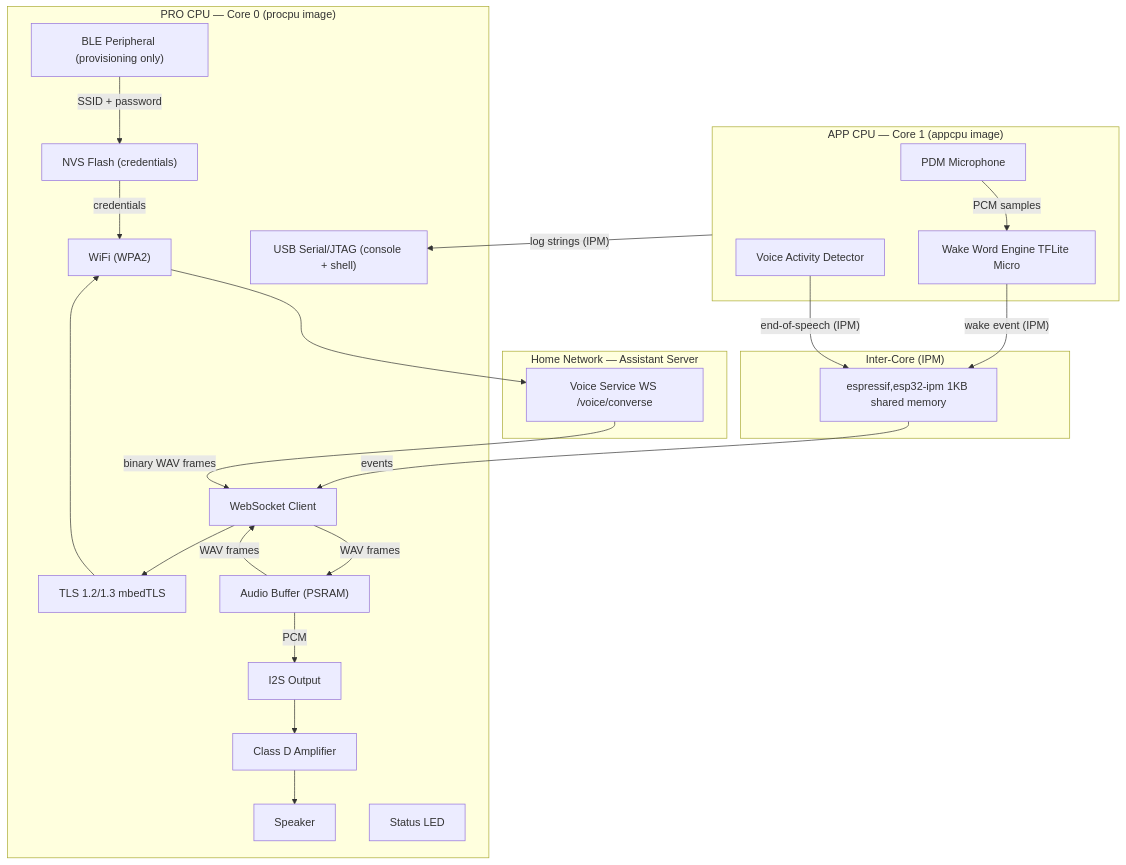
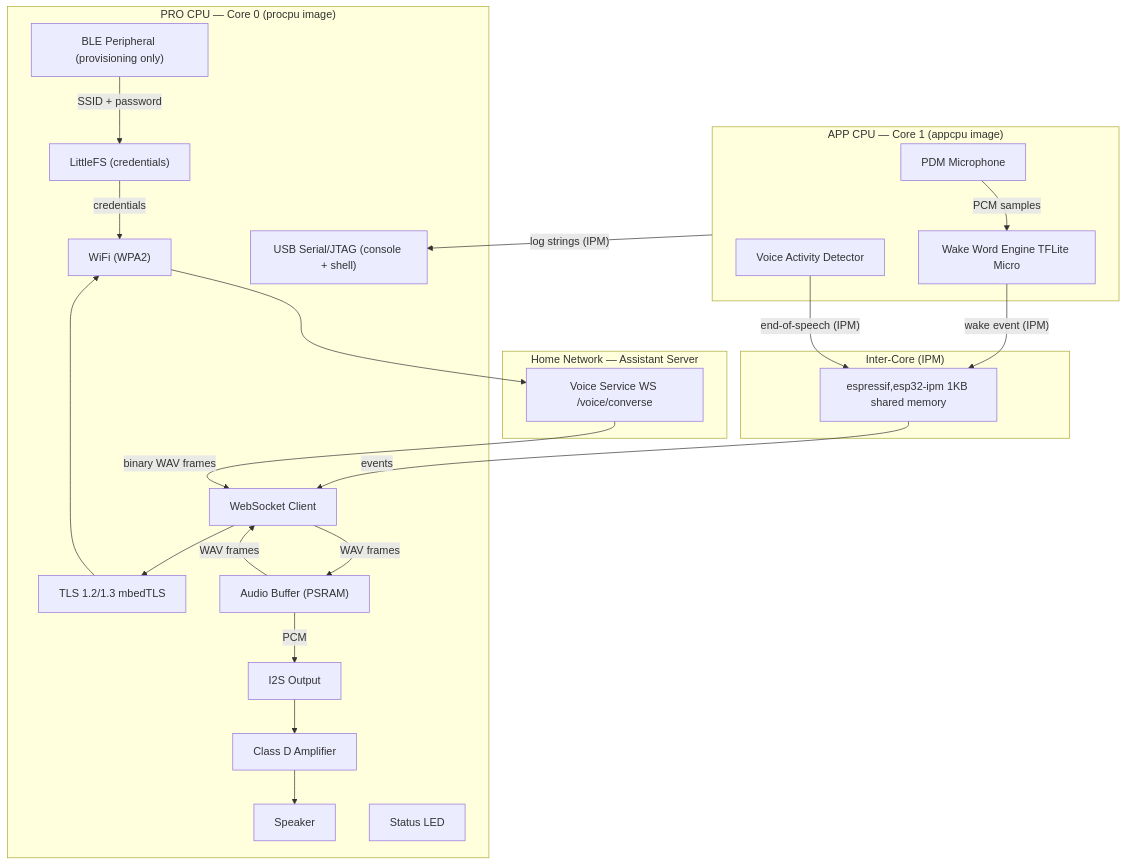
The diagram in embedded/voice_node/specs/design-spec.md (migcruz/ai_home_assistant), drawn with Mermaid before and after one commit. The commit also changed other lines of this file and 3 other files, not shown here.

````diff
--- a/embedded/voice_node/specs/design-spec.md
+++ b/embedded/voice_node/specs/design-spec.md
@@ -24,47 +24,47 @@
 ```mermaid
 graph TB
     subgraph C0["PRO CPU — Core 0 (procpu image)"]
         WIFI["WiFi (WPA2)"]
         TLS["TLS 1.2/1.3 mbedTLS"]
         WS["WebSocket Client"]
         ABUF["Audio Buffer (PSRAM)"]
         I2S_OUT["I2S Output"]
         CLASSAMP["Class D Amplifier"]
         SPK["Speaker"]
         BLE["BLE Peripheral (provisioning only)"]
-        NVS["NVS Flash (credentials)"]
+        LFS["LittleFS (credentials)"]
         LED["Status LED"]
         CON["USB Serial/JTAG (console + shell)"]
     end
 
     subgraph C1["APP CPU — Core 1 (appcpu image)"]
         MIC["PDM Microphone"]
         WW["Wake Word Engine TFLite Micro"]
         VAD["Voice Activity Detector"]
     end
 
     subgraph IPC["Inter-Core (IPM)"]
         IPM["espressif,esp32-ipm 1KB shared memory"]
     end
 
     subgraph Server["Home Network — Assistant Server"]
         VSVC["Voice Service WS /voice/converse"]
     end
 
     MIC -->|"PCM samples"| WW
     WW -->|"wake event (IPM)"| IPM
     VAD -->|"end-of-speech (IPM)"| IPM
     IPM -->|"events"| WS
 
     ABUF -->|"WAV frames"| WS
     WS --> TLS --> WIFI --> VSVC
 
     VSVC -->|"binary WAV frames"| WS
     WS -->|"WAV frames"| ABUF
     ABUF -->|"PCM"| I2S_OUT --> CLASSAMP --> SPK
 
-    BLE -->|"SSID + password"| NVS
-    NVS -->|"credentials"| WIFI
+    BLE -->|"SSID + password"| LFS
+    LFS -->|"credentials"| WIFI
 
     C1 -->|"log strings (IPM)"| CON
 ```
````
